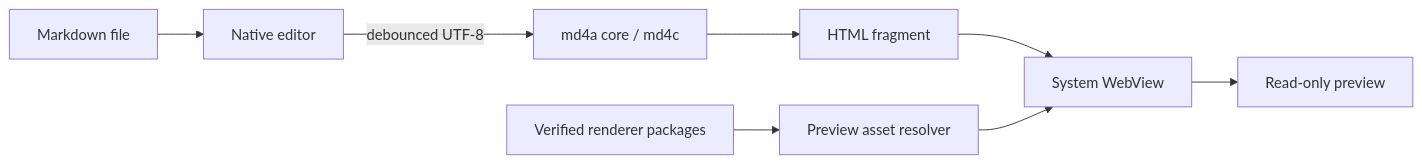
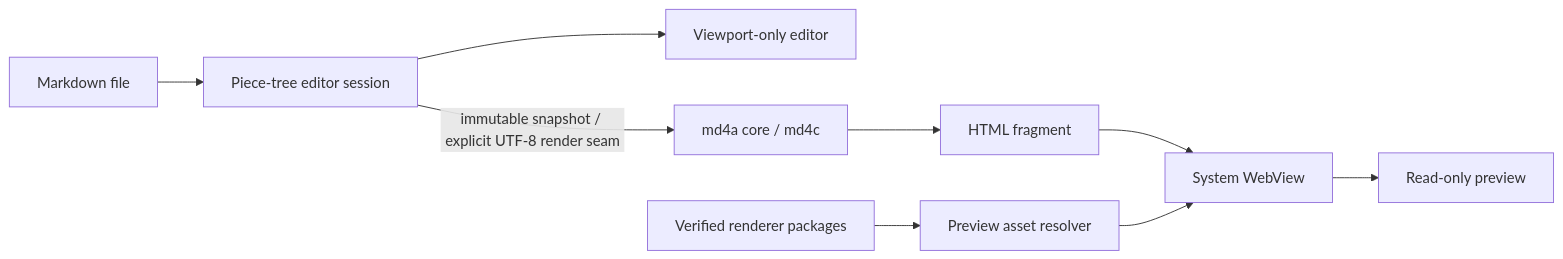
Before and after one commit to geminixiang/md4a: the diagram in docs/architecture.md, drawn with Mermaid. The commit also changed other lines of this file and 30 other files, not shown here.

````diff
--- a/docs/architecture.md
+++ b/docs/architecture.md
@@ -52,10 +54,11 @@
 ```mermaid
 flowchart LR
-  F[Markdown file] --> E[Native editor]
-  E -->|debounced UTF-8| C[md4a core / md4c]
+  F[Markdown file] --> B[Piece-tree editor session]
+  B --> E[Viewport-only editor]
+  B -->|immutable snapshot / explicit UTF-8 render seam| C[md4a core / md4c]
   C --> H[HTML fragment]
   P[Verified renderer packages] --> A[Preview asset resolver]
   H --> W[System WebView]
   A --> W
   W --> V[Read-only preview]
 ```
````
